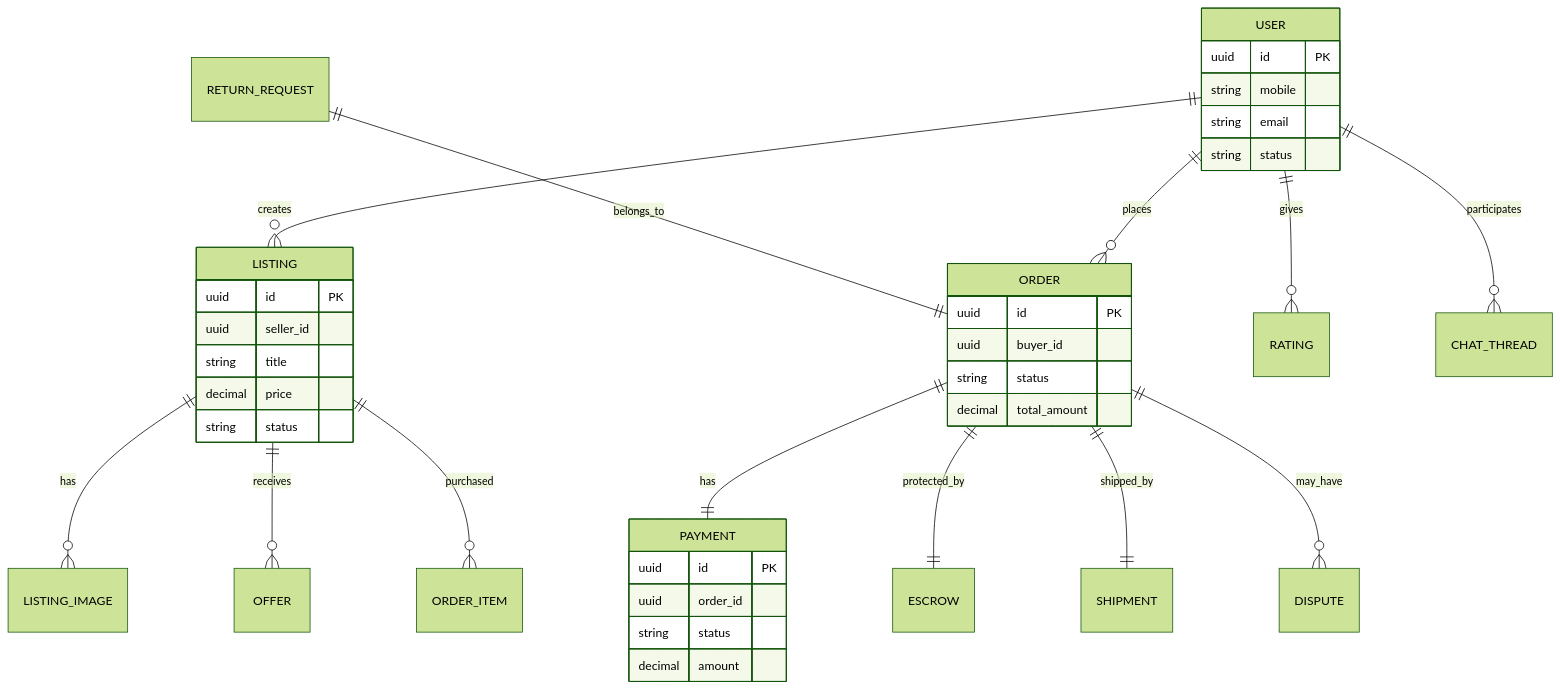
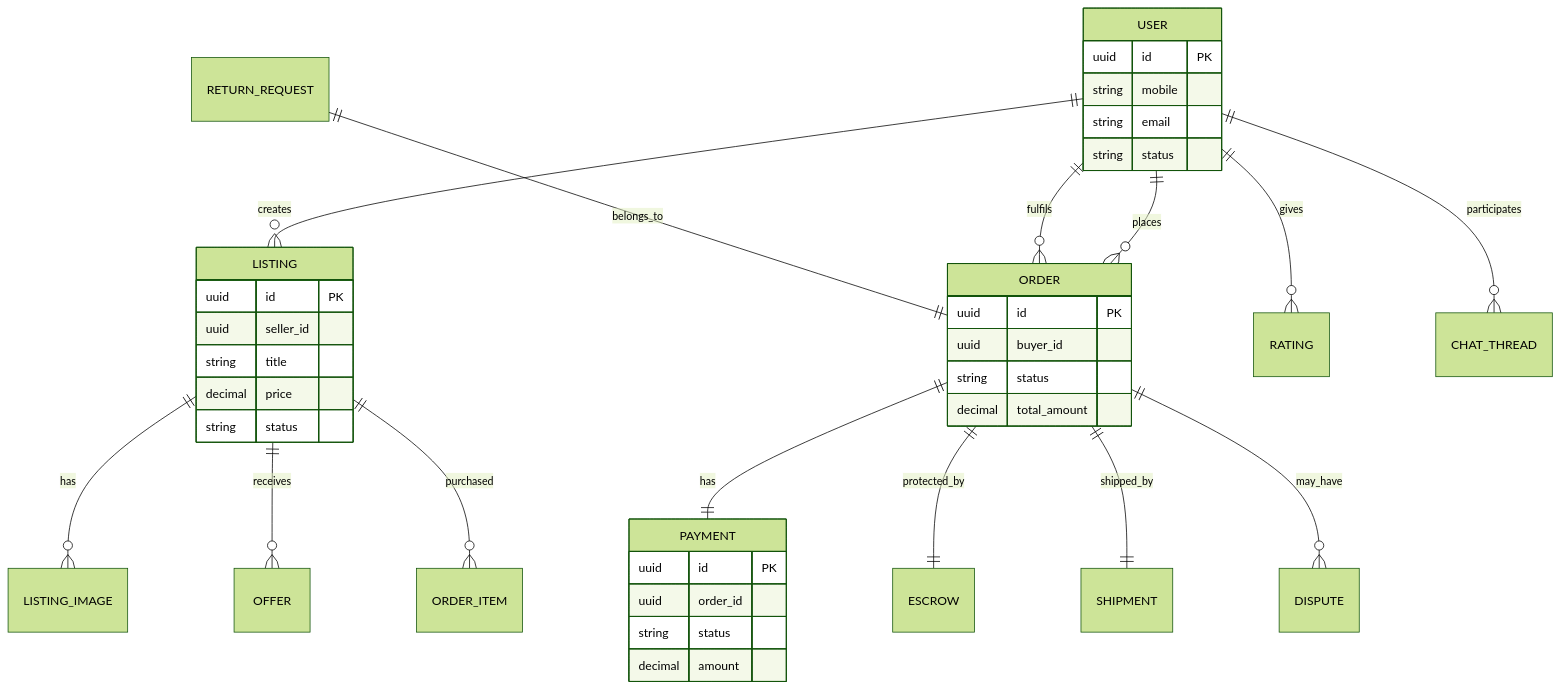
Before and after one commit to VSPL-New/Documents: the second of 2 diagrams in HLD/03-Data-Architecture.md, drawn with Mermaid (forest theme). The commit also changed other lines of this file and 7 other files, not shown here.

````diff
--- a/HLD/03-Data-Architecture.md
+++ b/HLD/03-Data-Architecture.md
@@ -121,48 +121,49 @@
 ```mermaid
 erDiagram
 
 USER ||--o{ LISTING : creates
 USER ||--o{ ORDER : places
+USER ||--o{ ORDER : fulfils
 USER ||--o{ RATING : gives
 USER ||--o{ CHAT_THREAD : participates
 
 LISTING ||--o{ LISTING_IMAGE : has
 LISTING ||--o{ OFFER : receives
 LISTING ||--o{ ORDER_ITEM : purchased
 
 ORDER ||--|| PAYMENT : has
 ORDER ||--|| ESCROW : protected_by
 ORDER ||--|| SHIPMENT : shipped_by
 ORDER ||--o{ DISPUTE : may_have
 
 RETURN_REQUEST ||--|| ORDER : belongs_to
 
 USER {
  uuid id PK
  string mobile
  string email
  string status
 }
 
 LISTING {
  uuid id PK
  uuid seller_id
  string title
  decimal price
  string status
 }
 
 ORDER {
  uuid id PK
  uuid buyer_id
  string status
  decimal total_amount
 }
 
 PAYMENT {
  uuid id PK
  uuid order_id
  string status
  decimal amount
 }
 ```
````
